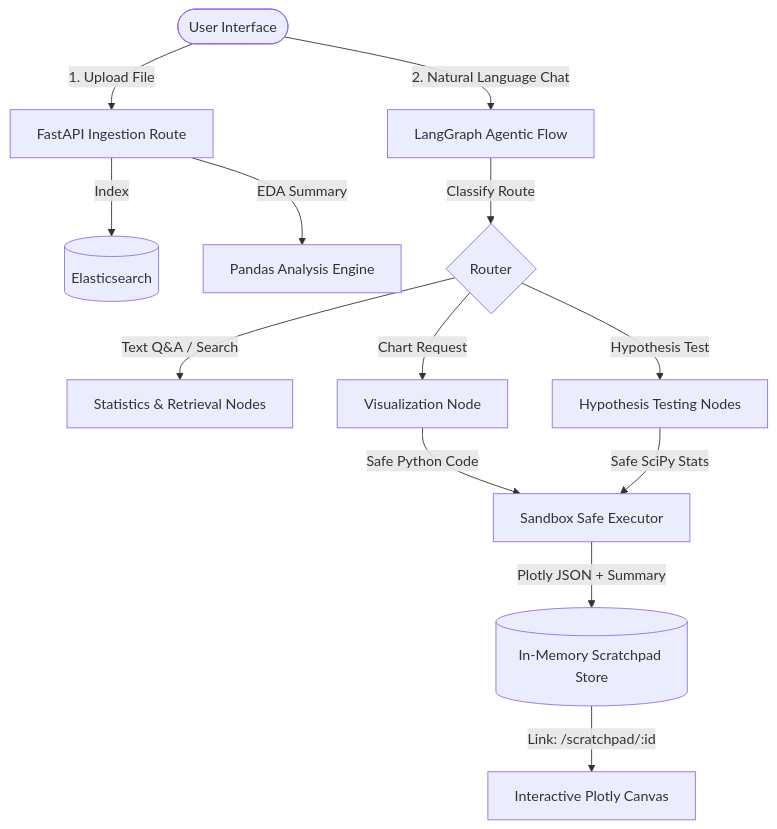
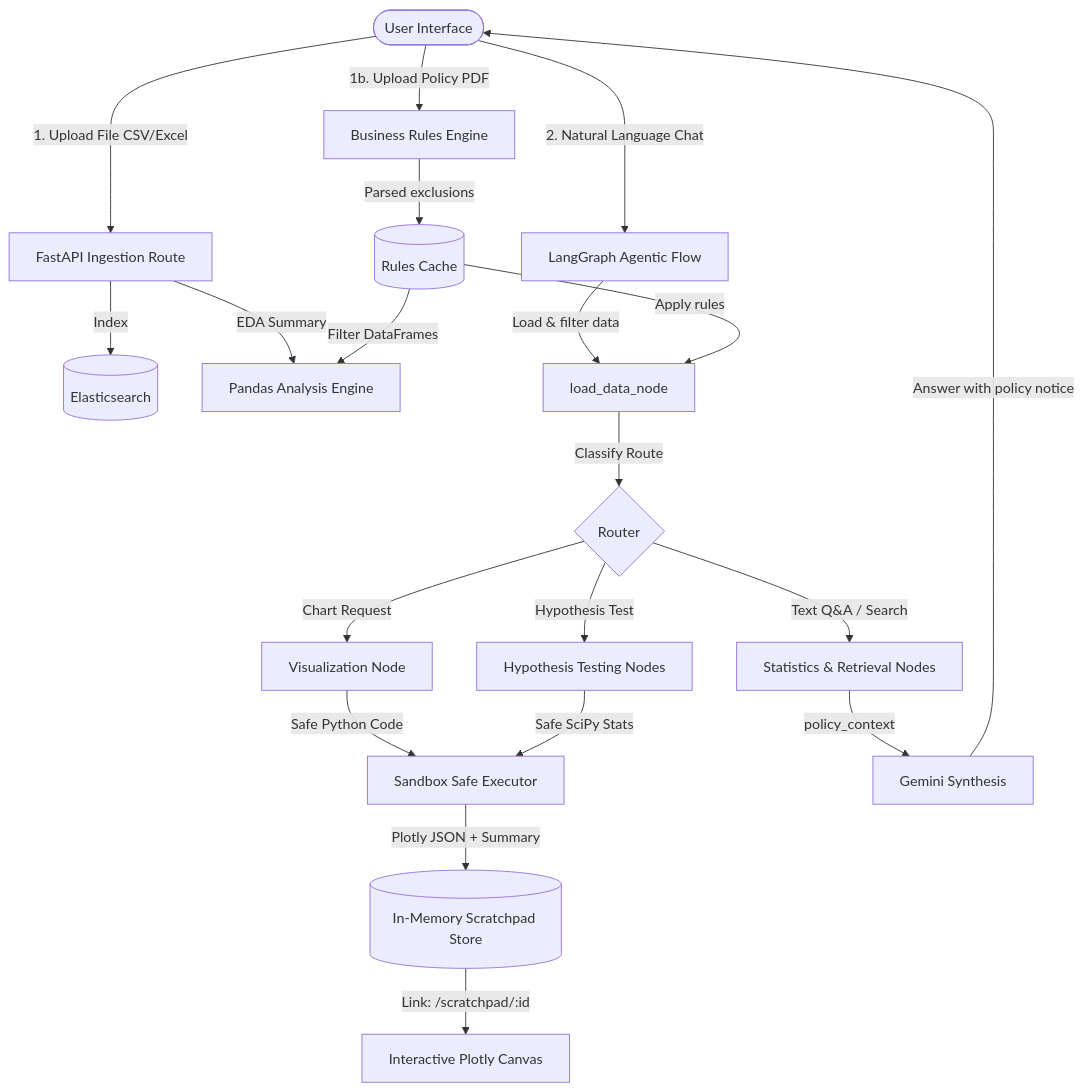
Before and after one commit to GunjanGrunge/devposthackathon-ZMARK-MarketMind: the diagram in README.md, drawn with Mermaid. The commit also changed other lines of this file and 5 other files, not shown here.

First line of the commit message:
feat: add business rules engine — PDF policy exclusions applied to dashboard and chatbot

````diff
--- a/README.md
+++ b/README.md
@@ -28,15 +29,22 @@
 ```mermaid
 graph TD
-    User([User Interface]) -->|1. Upload File| API[FastAPI Ingestion Route]
+    User([User Interface]) -->|1. Upload File CSV/Excel| API[FastAPI Ingestion Route]
+    User -->|1b. Upload Policy PDF| Rules[Business Rules Engine]
+    Rules -->|Parsed exclusions| Cache[(Rules Cache)]
     API -->|Index| ES[(Elasticsearch)]
     API -->|EDA Summary| Pandas[Pandas Analysis Engine]
+    Cache -->|Filter DataFrames| Pandas
     User -->|2. Natural Language Chat| Graph[LangGraph Agentic Flow]
-    Graph -->|Classify Route| Branch{Router}
+    Graph -->|Load & filter data| LoadNode[load_data_node]
+    Cache -->|Apply rules| LoadNode
+    LoadNode -->|Classify Route| Branch{Router}
     Branch -->|Text Q&A / Search| StatsNode[Statistics & Retrieval Nodes]
     Branch -->|Chart Request| VizNode[Visualization Node]
     Branch -->|Hypothesis Test| HypNode[Hypothesis Testing Nodes]
     VizNode -->|Safe Python Code| Sandbox[Sandbox Safe Executor]
     HypNode -->|Safe SciPy Stats| Sandbox
     Sandbox -->|Plotly JSON + Summary| Store[(In-Memory Scratchpad Store)]
     Store -->|Link: /scratchpad/:id| ScratchpadPage[Interactive Plotly Canvas]
+    StatsNode -->|policy_context| Gemini[Gemini Synthesis]
+    Gemini -->|Answer with policy notice| User
 ```
````
